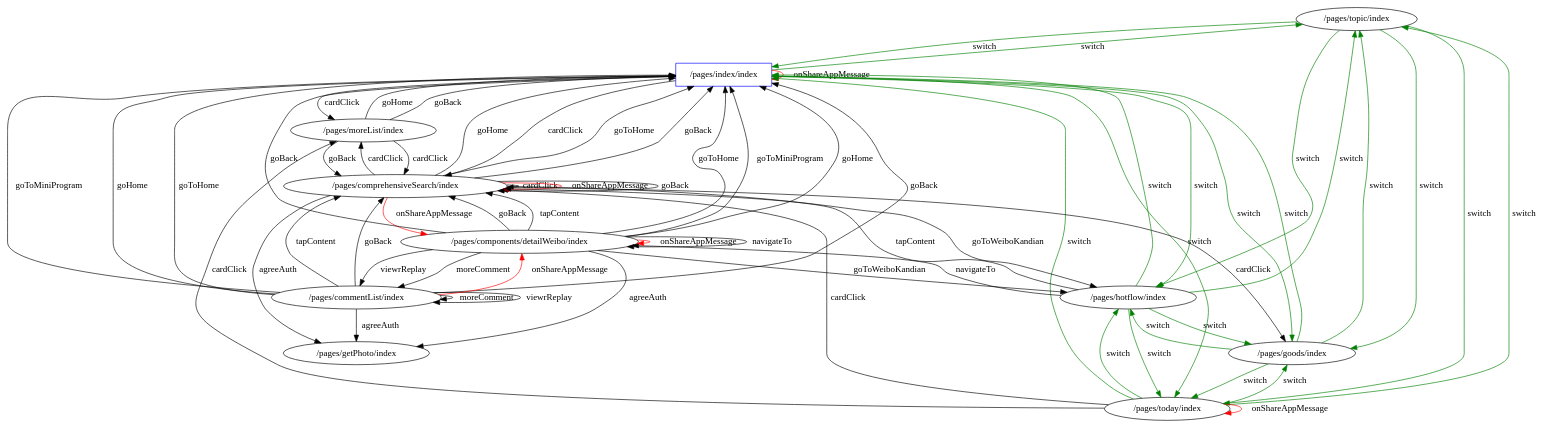
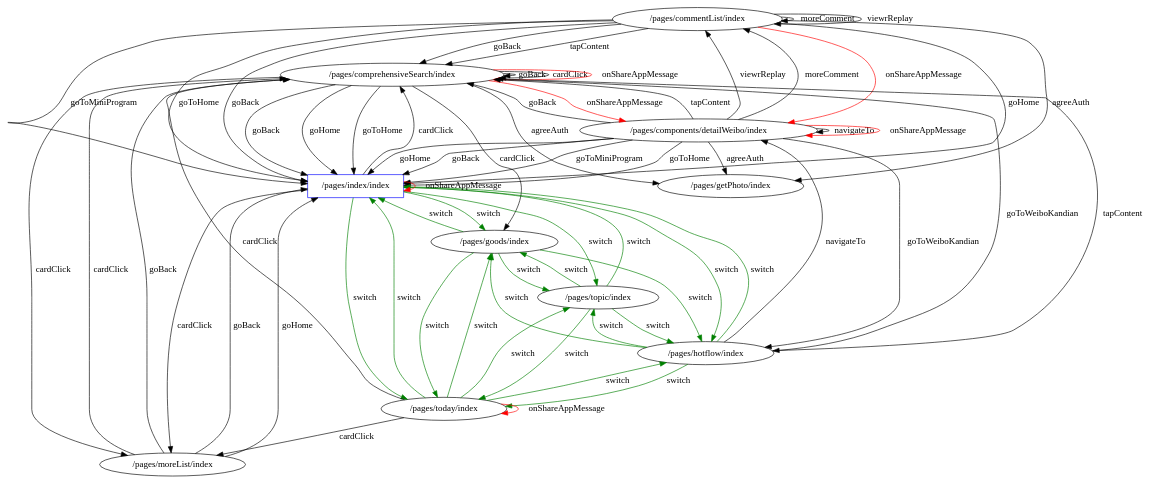
One commit to ppproxy/app-in-app-analysis changed the diagram in graph/wbdemo-table.gv. Above: the diagram before and after it, drawn with Graphviz. The commit also changed other lines of this file and 2041 other files, not shown here.

```diff
--- a/graph/wbdemo-table.gv
+++ b/graph/wbdemo-table.gv
@@ -1,78 +1,78 @@
 // UI State Transfer Diagram
 digraph {
-	"/pages/topic/index" [label="/pages/topic/index"]
-	"/pages/getPhoto/index" [label="/pages/getPhoto/index"]
-	"/pages/index/index" [label="/pages/index/index" color=blue shape=rectangle]
-	"/pages/today/index" [label="/pages/today/index"]
 	"/pages/commentList/index" [label="/pages/commentList/index"]
 	"/pages/comprehensiveSearch/index" [label="/pages/comprehensiveSearch/index"]
+	"/pages/getPhoto/index" [label="/pages/getPhoto/index"]
+	"/pages/components/detailWeibo/index" [label="/pages/components/detailWeibo/index"]
+	"/pages/topic/index" [label="/pages/topic/index"]
 	"/pages/hotflow/index" [label="/pages/hotflow/index"]
+	"/pages/index/index" [label="/pages/index/index" color=blue shape=rectangle]
+	"/pages/moreList/index" [label="/pages/moreList/index"]
+	"/pages/today/index" [label="/pages/today/index"]
 	"/pages/goods/index" [label="/pages/goods/index"]
-	"/pages/moreList/index" [label="/pages/moreList/index"]
-	"/pages/components/detailWeibo/index" [label="/pages/components/detailWeibo/index"]
 	"/pages/index/index" -> "/pages/topic/index" [label=switch color=green]
 	"/pages/index/index" -> "/pages/hotflow/index" [label=switch color=green]
 	"/pages/index/index" -> "/pages/goods/index" [label=switch color=green]
 	"/pages/index/index" -> "/pages/today/index" [label=switch color=green]
 	"/pages/topic/index" -> "/pages/index/index" [label=switch color=green]
 	"/pages/topic/index" -> "/pages/hotflow/index" [label=switch color=green]
 	"/pages/topic/index" -> "/pages/goods/index" [label=switch color=green]
 	"/pages/topic/index" -> "/pages/today/index" [label=switch color=green]
 	"/pages/hotflow/index" -> "/pages/index/index" [label=switch color=green]
 	"/pages/hotflow/index" -> "/pages/topic/index" [label=switch color=green]
 	"/pages/hotflow/index" -> "/pages/goods/index" [label=switch color=green]
 	"/pages/hotflow/index" -> "/pages/today/index" [label=switch color=green]
 	"/pages/goods/index" -> "/pages/index/index" [label=switch color=green]
 	"/pages/goods/index" -> "/pages/topic/index" [label=switch color=green]
 	"/pages/goods/index" -> "/pages/hotflow/index" [label=switch color=green]
 	"/pages/goods/index" -> "/pages/today/index" [label=switch color=green]
 	"/pages/today/index" -> "/pages/index/index" [label=switch color=green]
 	"/pages/today/index" -> "/pages/topic/index" [label=switch color=green]
 	"/pages/today/index" -> "/pages/hotflow/index" [label=switch color=green]
 	"/pages/today/index" -> "/pages/goods/index" [label=switch color=green]
 	"/pages/index/index" -> "/pages/index/index" [label=onShareAppMessage color=red]
 	"/pages/index/index" -> "/pages/comprehensiveSearch/index" [label=cardClick]
 	"/pages/index/index" -> "/pages/moreList/index" [label=cardClick]
 	"/pages/today/index" -> "/pages/comprehensiveSearch/index" [label=cardClick]
+	"/pages/today/index" -> "/pages/moreList/index" [label=cardClick]
 	"/pages/today/index" -> "/pages/today/index" [label=onShareAppMessage color=red]
-	"/pages/today/index" -> "/pages/moreList/index" [label=cardClick]
 	"/pages/hotflow/index" -> "/pages/components/detailWeibo/index" [label=navigateTo]
 	"/pages/hotflow/index" -> "/pages/comprehensiveSearch/index" [label=tapContent]
+	"/pages/comprehensiveSearch/index" -> "/pages/components/detailWeibo/index" [label=onShareAppMessage color=red]
+	"/pages/comprehensiveSearch/index" -> "/pages/index/index" [label=goBack]
+	"/pages/comprehensiveSearch/index" -> "/pages/goods/index" [label=cardClick]
+	"/pages/comprehensiveSearch/index" -> "/pages/hotflow/index" [label=goToWeiboKandian]
 	"/pages/comprehensiveSearch/index" -> "/pages/index/index" [label=goHome]
+	"/pages/comprehensiveSearch/index" -> "/pages/comprehensiveSearch/index" [label=goBack]
+	"/pages/comprehensiveSearch/index" -> "/pages/index/index" [label=goToHome]
 	"/pages/comprehensiveSearch/index" -> "/pages/comprehensiveSearch/index" [label=cardClick]
-	"/pages/comprehensiveSearch/index" -> "/pages/index/index" [label=goToHome]
+	"/pages/comprehensiveSearch/index" -> "/pages/getPhoto/index" [label=agreeAuth]
 	"/pages/comprehensiveSearch/index" -> "/pages/comprehensiveSearch/index" [label=onShareAppMessage color=red]
-	"/pages/comprehensiveSearch/index" -> "/pages/index/index" [label=goBack]
 	"/pages/comprehensiveSearch/index" -> "/pages/moreList/index" [label=cardClick]
-	"/pages/comprehensiveSearch/index" -> "/pages/hotflow/index" [label=goToWeiboKandian]
-	"/pages/comprehensiveSearch/index" -> "/pages/goods/index" [label=cardClick]
-	"/pages/comprehensiveSearch/index" -> "/pages/comprehensiveSearch/index" [label=goBack]
-	"/pages/comprehensiveSearch/index" -> "/pages/getPhoto/index" [label=agreeAuth]
-	"/pages/comprehensiveSearch/index" -> "/pages/components/detailWeibo/index" [label=onShareAppMessage color=red]
+	"/pages/components/detailWeibo/index" -> "/pages/comprehensiveSearch/index" [label=tapContent]
+	"/pages/components/detailWeibo/index" -> "/pages/commentList/index" [label=viewrReplay]
+	"/pages/components/detailWeibo/index" -> "/pages/components/detailWeibo/index" [label=navigateTo]
+	"/pages/components/detailWeibo/index" -> "/pages/components/detailWeibo/index" [label=onShareAppMessage color=red]
+	"/pages/components/detailWeibo/index" -> "/pages/getPhoto/index" [label=agreeAuth]
 	"/pages/components/detailWeibo/index" -> "/pages/index/index" [label=goToHome]
+	"/pages/components/detailWeibo/index" -> "/pages/index/index" [label=goHome]
+	"/pages/components/detailWeibo/index" -> "/pages/hotflow/index" [label=goToWeiboKandian]
+	"/pages/components/detailWeibo/index" -> "/pages/index/index" [label=goBack]
 	"/pages/components/detailWeibo/index" -> "/pages/commentList/index" [label=moreComment]
+	"/pages/components/detailWeibo/index" -> "/pages/index/index" [label=goToMiniProgram]
 	"/pages/components/detailWeibo/index" -> "/pages/comprehensiveSearch/index" [label=goBack]
-	"/pages/components/detailWeibo/index" -> "/pages/components/detailWeibo/index" [label=onShareAppMessage color=red]
-	"/pages/components/detailWeibo/index" -> "/pages/commentList/index" [label=viewrReplay]
-	"/pages/components/detailWeibo/index" -> "/pages/getPhoto/index" [label=agreeAuth]
-	"/pages/components/detailWeibo/index" -> "/pages/comprehensiveSearch/index" [label=tapContent]
-	"/pages/components/detailWeibo/index" -> "/pages/hotflow/index" [label=goToWeiboKandian]
-	"/pages/components/detailWeibo/index" -> "/pages/index/index" [label=goToMiniProgram]
-	"/pages/components/detailWeibo/index" -> "/pages/index/index" [label=goHome]
-	"/pages/components/detailWeibo/index" -> "/pages/index/index" [label=goBack]
-	"/pages/components/detailWeibo/index" -> "/pages/components/detailWeibo/index" [label=navigateTo]
+	"/pages/commentList/index" -> "/pages/index/index" [label=goBack]
+	"/pages/commentList/index" -> "/pages/commentList/index" [label=moreComment]
 	"/pages/commentList/index" -> "/pages/index/index" [label=goHome]
+	"/pages/commentList/index" -> "/pages/index/index" [label=goToMiniProgram]
+	"/pages/commentList/index" -> "/pages/comprehensiveSearch/index" [label=tapContent]
+	"/pages/commentList/index" -> "/pages/comprehensiveSearch/index" [label=goBack]
 	"/pages/commentList/index" -> "/pages/index/index" [label=goToHome]
-	"/pages/commentList/index" -> "/pages/commentList/index" [label=moreComment]
-	"/pages/commentList/index" -> "/pages/comprehensiveSearch/index" [label=tapContent]
-	"/pages/commentList/index" -> "/pages/index/index" [label=goBack]
 	"/pages/commentList/index" -> "/pages/commentList/index" [label=viewrReplay]
-	"/pages/commentList/index" -> "/pages/index/index" [label=goToMiniProgram]
-	"/pages/commentList/index" -> "/pages/comprehensiveSearch/index" [label=goBack]
+	"/pages/commentList/index" -> "/pages/components/detailWeibo/index" [label=onShareAppMessage color=red]
 	"/pages/commentList/index" -> "/pages/getPhoto/index" [label=agreeAuth]
-	"/pages/commentList/index" -> "/pages/components/detailWeibo/index" [label=onShareAppMessage color=red]
+	"/pages/moreList/index" -> "/pages/comprehensiveSearch/index" [label=cardClick]
 	"/pages/moreList/index" -> "/pages/index/index" [label=goHome]
+	"/pages/moreList/index" -> "/pages/index/index" [label=goBack]
 	"/pages/moreList/index" -> "/pages/comprehensiveSearch/index" [label=goBack]
-	"/pages/moreList/index" -> "/pages/comprehensiveSearch/index" [label=cardClick]
-	"/pages/moreList/index" -> "/pages/index/index" [label=goBack]
 }
```
